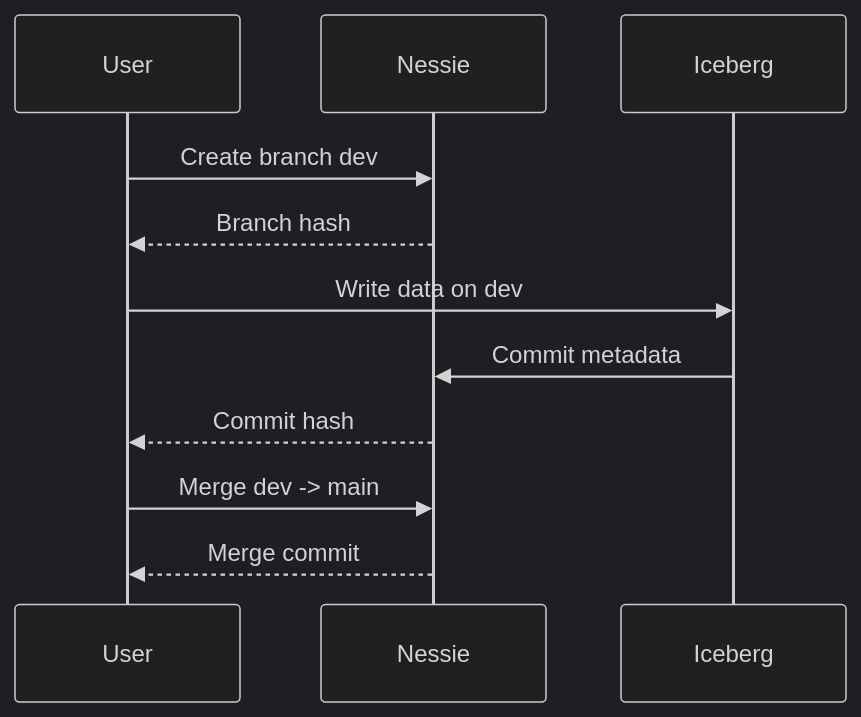
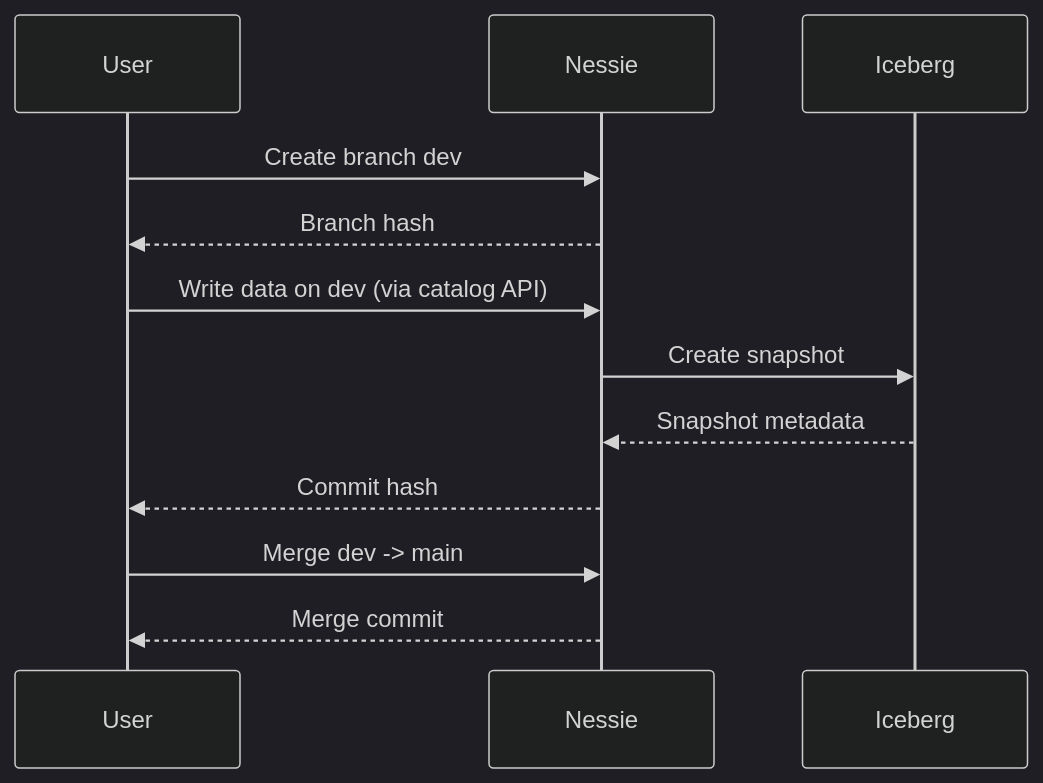
One commit to iamgp/phlo changed the diagram in docs/blog/04-project-nessie-versioning.md. Above: the diagram before and after it, drawn with Mermaid (dark theme). The commit also changed other lines of this file and 5 other files, not shown here.

````diff
--- a/docs/blog/04-project-nessie-versioning.md
+++ b/docs/blog/04-project-nessie-versioning.md
@@ -46,14 +46,15 @@
 ```mermaid
 sequenceDiagram
     participant User
     participant Nessie
     participant Iceberg
 
     User->>Nessie: Create branch dev
     Nessie-->>User: Branch hash
-    User->>Iceberg: Write data on dev
-    Iceberg->>Nessie: Commit metadata
+    User->>Nessie: Write data on dev (via catalog API)
+    Nessie->>Iceberg: Create snapshot
+    Iceberg-->>Nessie: Snapshot metadata
     Nessie-->>User: Commit hash
     User->>Nessie: Merge dev -> main
     Nessie-->>User: Merge commit
 ```
````
